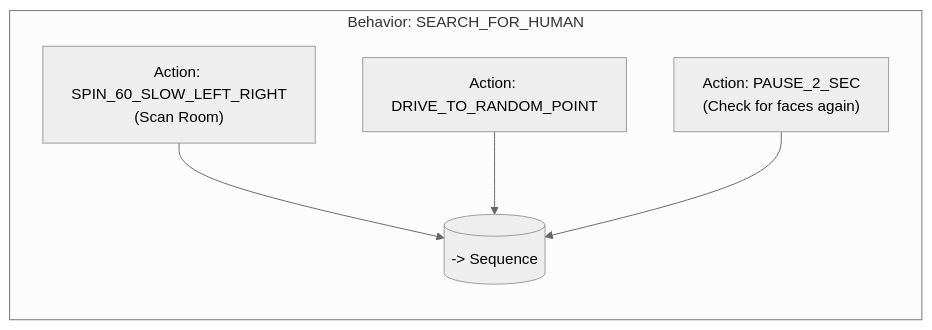
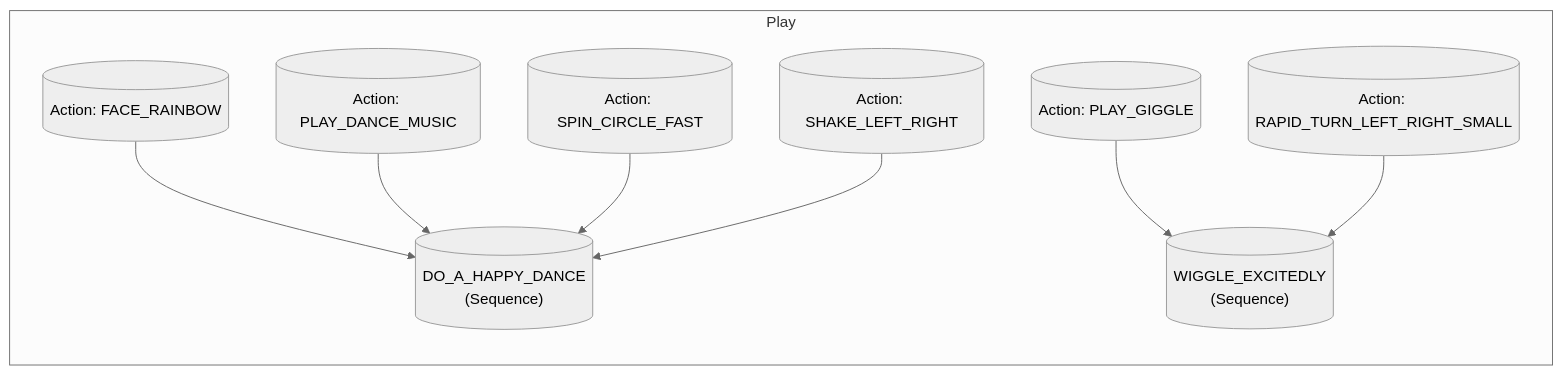
One commit to SahanjithD/pixi_v2 changed the fifth of 6 diagrams in docs/leaves.md. Above: the diagram before and after it, drawn with Mermaid (neutral theme). The commit also changed other lines of this file and 50 other files, not shown here.

````diff
--- a/docs/leaves.md
+++ b/docs/leaves.md
@@ -28,21 +100,18 @@
 ```mermaid
-
 graph TD
-    subgraph SearchLogic [Behavior: SEARCH_FOR_HUMAN]
+    subgraph Play
         direction TB
-        SearchRoot[("-> Sequence")]
         
-        %% Step 1: Look around current spot
-        SpinAction["Action: SPIN_60_SLOW_LEFT_RIGHT\n(Scan Room)"] --> SearchRoot
+        %% DO A HAPPY DANCE
+        DanceRoot[("DO_A_HAPPY_DANCE\n(Sequence)")]
+        FaceD[("Action: FACE_RAINBOW")] --> DanceRoot
+        SoundD[("Action: PLAY_DANCE_MUSIC")] --> DanceRoot
+        SpinD[("Action: SPIN_CIRCLE_FAST")] --> DanceRoot
+        ShakeD[("Action: SHAKE_LEFT_RIGHT")] --> DanceRoot
         
-        %% Step 2: Drive to new vantage point
-        MoveRandom["Action: DRIVE_TO_RANDOM_POINT"] --> SearchRoot
-        
-        %% Step 3: Wait and Listen
-        WaitAction["Action: PAUSE_2_SEC\n(Check for faces again)"] --> SearchRoot
-        
-        %% Note: If at ANY point a face is found, 
-        %% the Utility AI in Diagram 1 switches to FOLLOW_PERSON immediately.
+        %% WIGGLE (Stationary)
+        WiggleRoot[("WIGGLE_EXCITEDLY\n(Sequence)")]
+        SoundW[("Action: PLAY_GIGGLE")] --> WiggleRoot
+        Shimmy[("Action: RAPID_TURN_LEFT_RIGHT_SMALL")] --> WiggleRoot
     end
-
 ```
````
